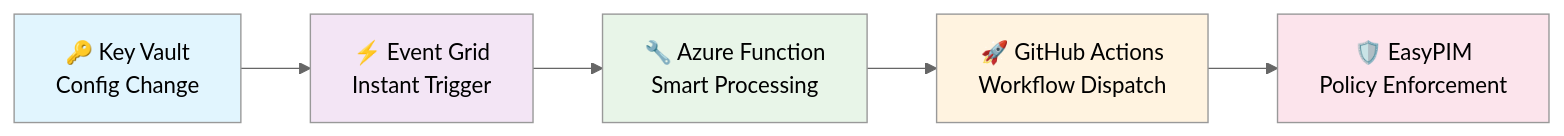
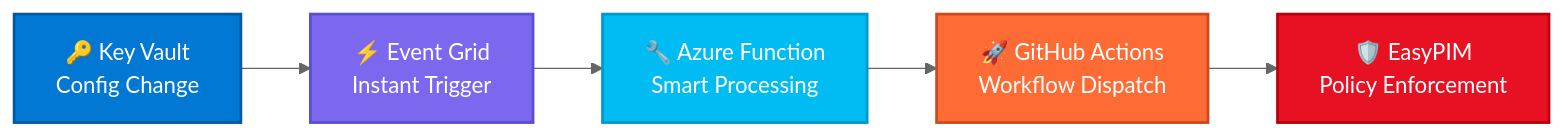
The diagram in README.md (kayasax/EasyPIM-EventDriven-Governance), drawn with Mermaid (neutral theme) before and after one commit.

Commit message:
modified:   README.md

````diff
--- a/README.md
+++ b/README.md
@@ -60,19 +60,19 @@
 ```mermaid
 flowchart LR
     KV["🔑 Key Vault<br/>Config Change"]
     EG["⚡ Event Grid<br/>Instant Trigger"]
     AF["🔧 Azure Function<br/>Smart Processing"]
     GH["🚀 GitHub Actions<br/>Workflow Dispatch"]
     EP["🛡️ EasyPIM<br/>Policy Enforcement"]
 
     KV --> EG
     EG --> AF
     AF --> GH
     GH --> EP
 
-    style KV fill:#e1f5fe
-    style EG fill:#f3e5f5
-    style AF fill:#e8f5e8
-    style GH fill:#fff3e0
-    style EP fill:#fce4ec
+    style KV fill:#0078d4,stroke:#005a9f,stroke-width:2px,color:#ffffff
+    style EG fill:#7b68ee,stroke:#5a4fcf,stroke-width:2px,color:#ffffff
+    style AF fill:#00bcf2,stroke:#0099cc,stroke-width:2px,color:#ffffff
+    style GH fill:#ff6b35,stroke:#cc4a1c,stroke-width:2px,color:#ffffff
+    style EP fill:#e81123,stroke:#b8000d,stroke-width:2px,color:#ffffff
 ```
````
